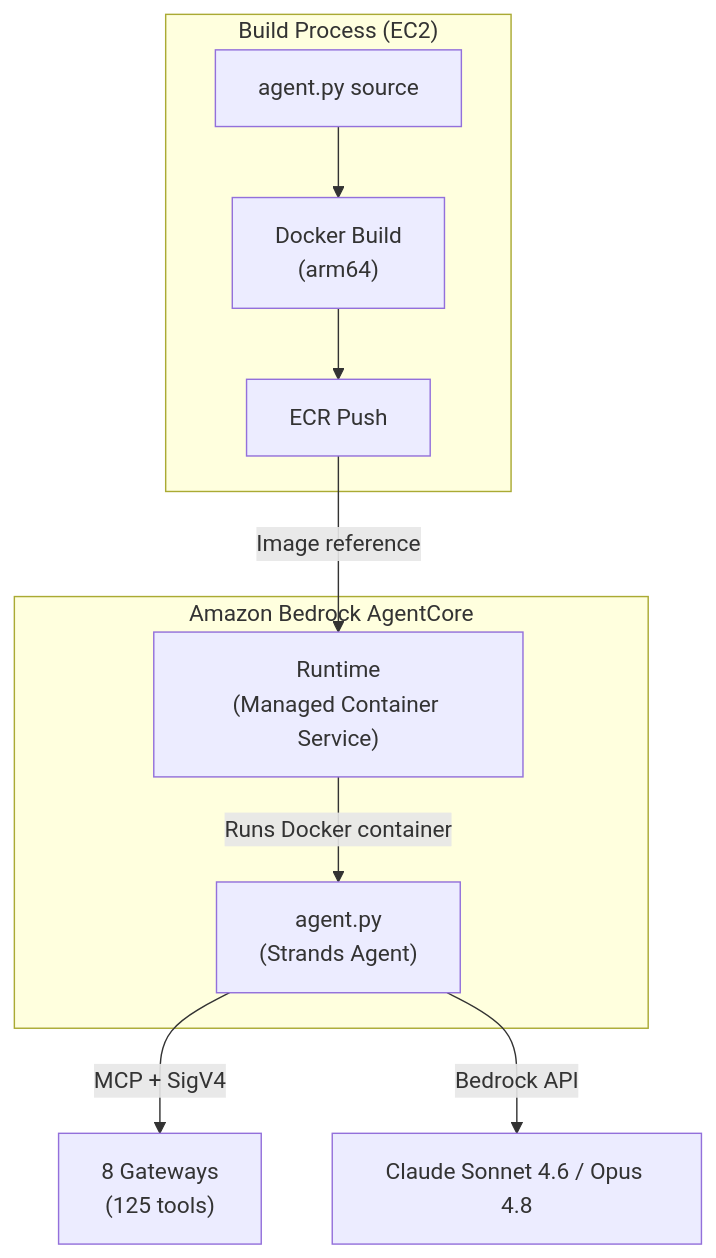
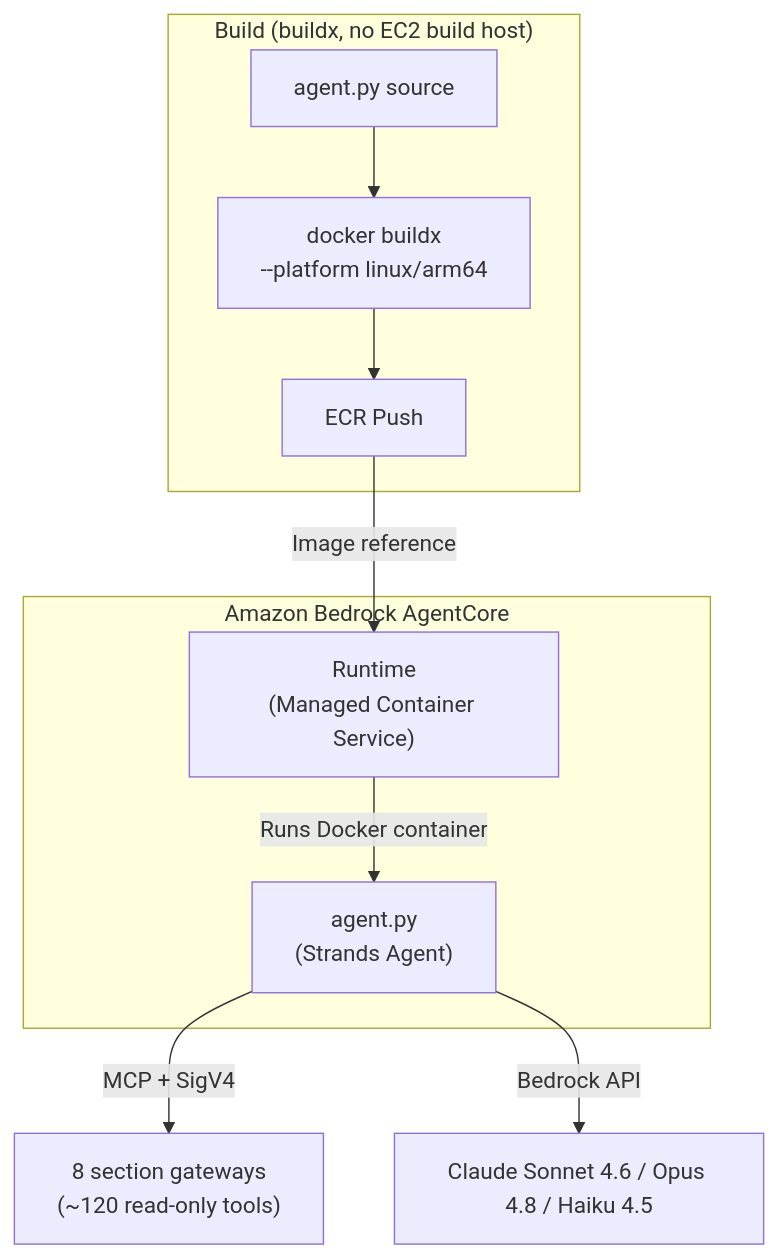
Before and after one commit to Atom-oh/awsops: the second of 7 diagrams in docs-site/i18n/en/docusaurus-plugin-content-docs/current/faq/agentcore-memory.md, drawn with Mermaid. The commit also changed other lines of this file and 14 other files, not shown here.

````diff
--- a/docs-site/i18n/en/docusaurus-plugin-content-docs/current/faq/agentcore-memory.md
+++ b/docs-site/i18n/en/docusaurus-plugin-content-docs/current/faq/agentcore-memory.md
@@ -16,17 +40,17 @@
 ```mermaid
 flowchart TD
   subgraph AC["Amazon Bedrock AgentCore"]
     RT["Runtime<br/>(Managed Container Service)"]
     RT -->|"Runs Docker container"| AGENT["agent.py<br/>(Strands Agent)"]
   end
 
-  subgraph BUILD["Build Process (EC2)"]
-    SRC["agent.py source"] --> DOCKER["Docker Build<br/>(arm64)"]
+  subgraph BUILD["Build (buildx, no EC2 build host)"]
+    SRC["agent.py source"] --> DOCKER["docker buildx<br/>--platform linux/arm64"]
     DOCKER --> ECR["ECR Push"]
   end
 
   ECR -->|"Image reference"| RT
 
-  AGENT -->|"MCP + SigV4"| GW["8 Gateways<br/>(125 tools)"]
-  AGENT -->|"Bedrock API"| MODEL["Claude Sonnet 4.6 / Opus 4.8"]
+  AGENT -->|"MCP + SigV4"| GW["8 section gateways<br/>(~120 read-only tools)"]
+  AGENT -->|"Bedrock API"| MODEL["Claude Sonnet 4.6 / Opus 4.8 / Haiku 4.5"]
 ```
````
